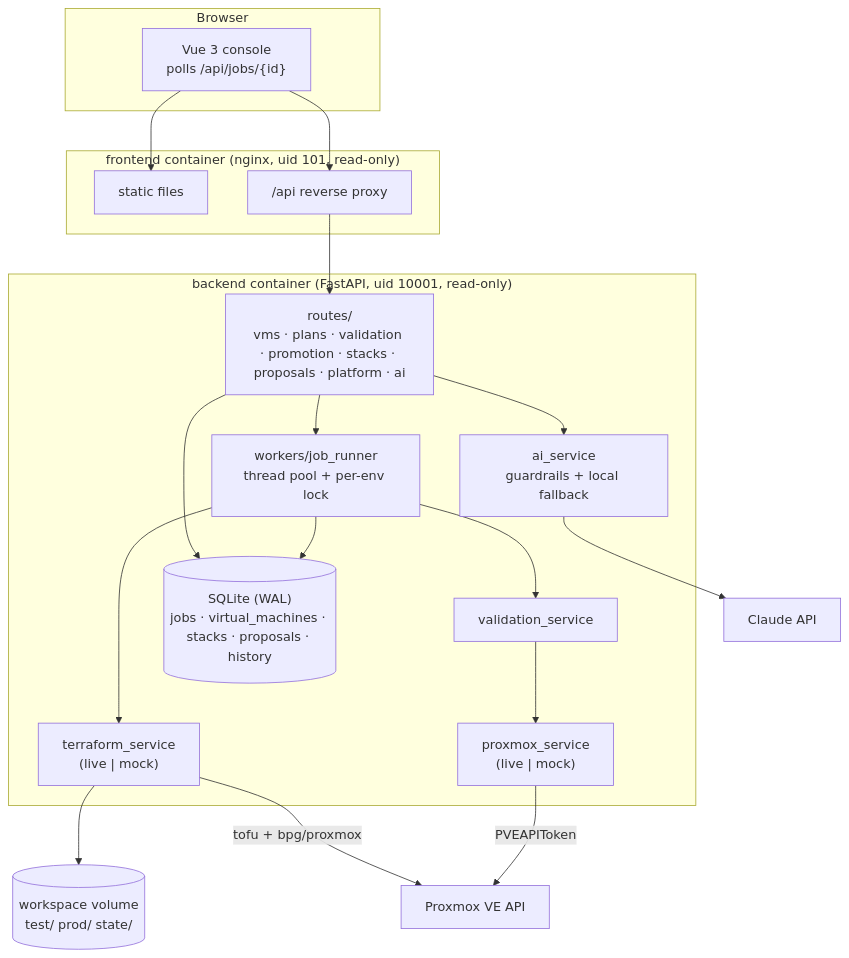
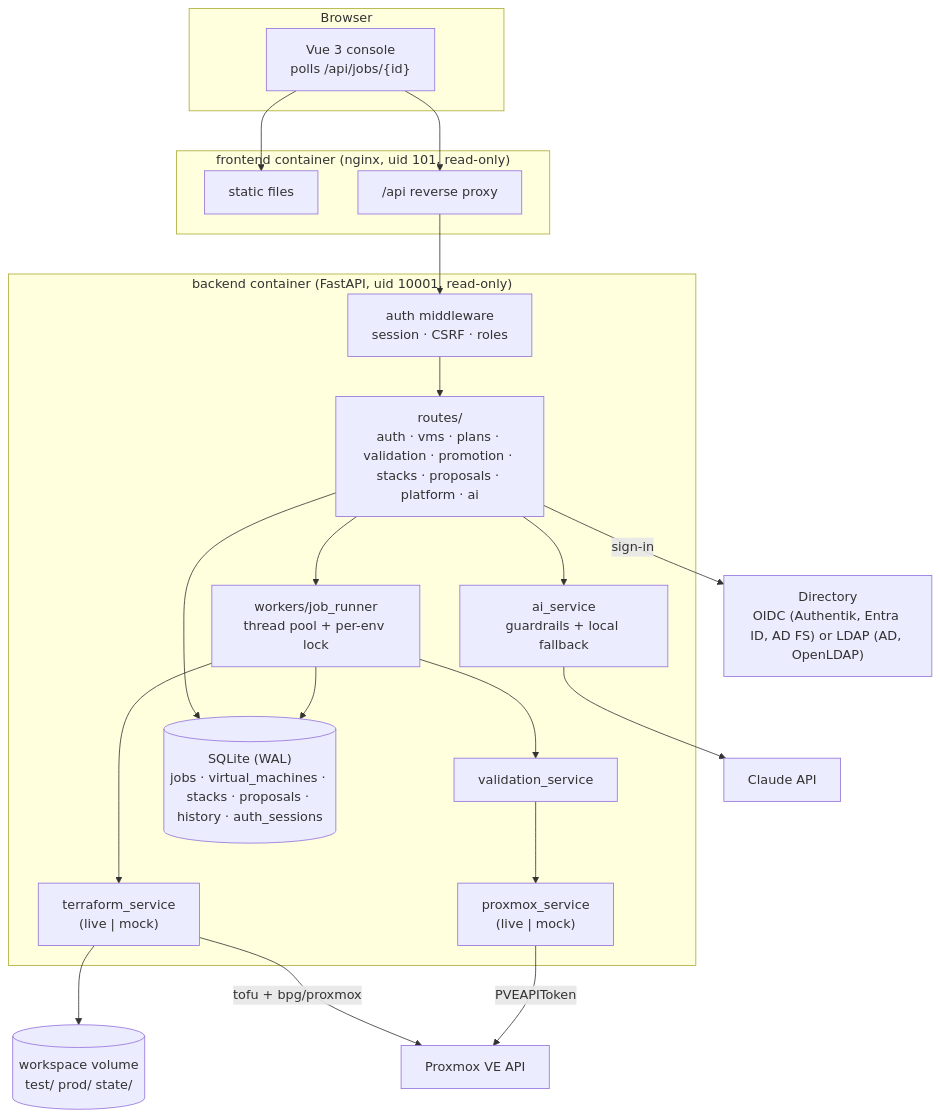
Before and after one commit to LetsManu/proxmox-ai-infra-demo: the first of 3 diagrams in docs/architecture.md, drawn with Mermaid. The commit also changed other lines of this file and 4 other files, not shown here.

First line of the commit message:
docs: releases guide, sign-in and backup in the architecture

````diff
--- a/docs/architecture.md
+++ b/docs/architecture.md
@@ -5,33 +5,36 @@
 ```mermaid
 flowchart TB
     subgraph browser["Browser"]
         ui["Vue 3 console<br/>polls /api/jobs/{id}"]
     end
     subgraph fe["frontend container (nginx, uid 101, read-only)"]
         static["static files"]
         proxy["/api reverse proxy"]
     end
     subgraph be["backend container (FastAPI, uid 10001, read-only)"]
-        routes["routes/<br/>vms · plans · validation · promotion · stacks · proposals · platform · ai"]
+        authmw["auth middleware<br/>session · CSRF · roles"]
+        routes["routes/<br/>auth · vms · plans · validation · promotion · stacks · proposals · platform · ai"]
         runner["workers/job_runner<br/>thread pool + per-env lock"]
         svc_px["proxmox_service<br/>(live | mock)"]
         svc_tf["terraform_service<br/>(live | mock)"]
         svc_val["validation_service"]
         svc_ai["ai_service<br/>guardrails + local fallback"]
-        db[("SQLite (WAL)<br/>jobs · virtual_machines · stacks · proposals · history")]
+        db[("SQLite (WAL)<br/>jobs · virtual_machines · stacks · proposals · history · auth_sessions")]
     end
+    idp["Directory<br/>OIDC (Authentik, Entra ID, AD FS) or LDAP (AD, OpenLDAP)"]
     ws[("workspace volume<br/>test/ prod/ state/")]
     pve["Proxmox VE API"]
     claude["Claude API"]
 
     ui --> static
-    ui --> proxy --> routes
+    ui --> proxy --> authmw --> routes
+    routes -- "sign-in" --> idp
     routes --> runner
     runner --> svc_tf --> ws
     runner --> svc_val --> svc_px
     routes --> svc_ai --> claude
     svc_tf -- "tofu + bpg/proxmox" --> pve
     svc_px -- "PVEAPIToken" --> pve
     routes --> db
     runner --> db
 ```
````
